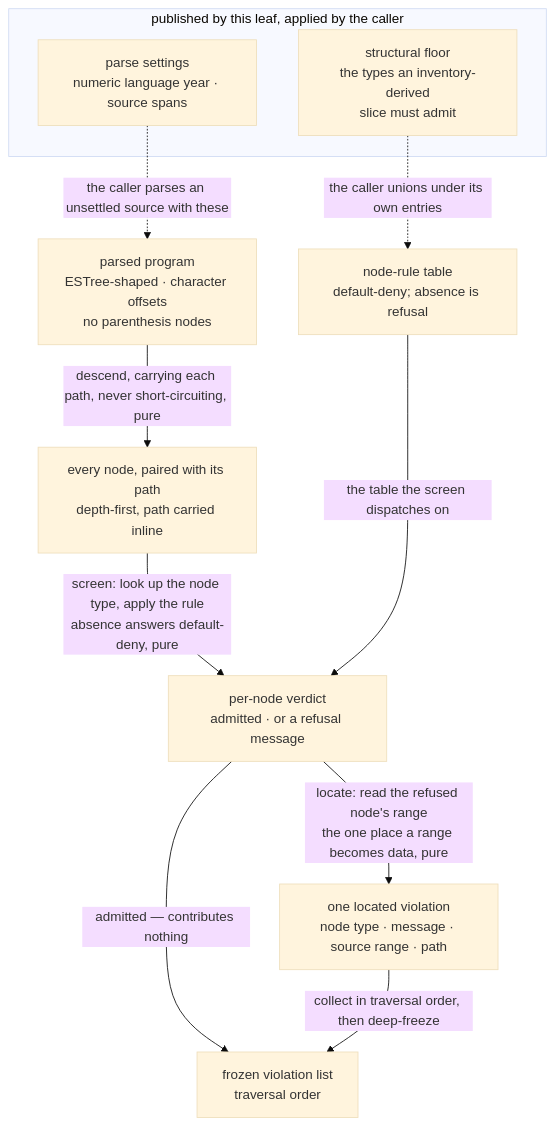
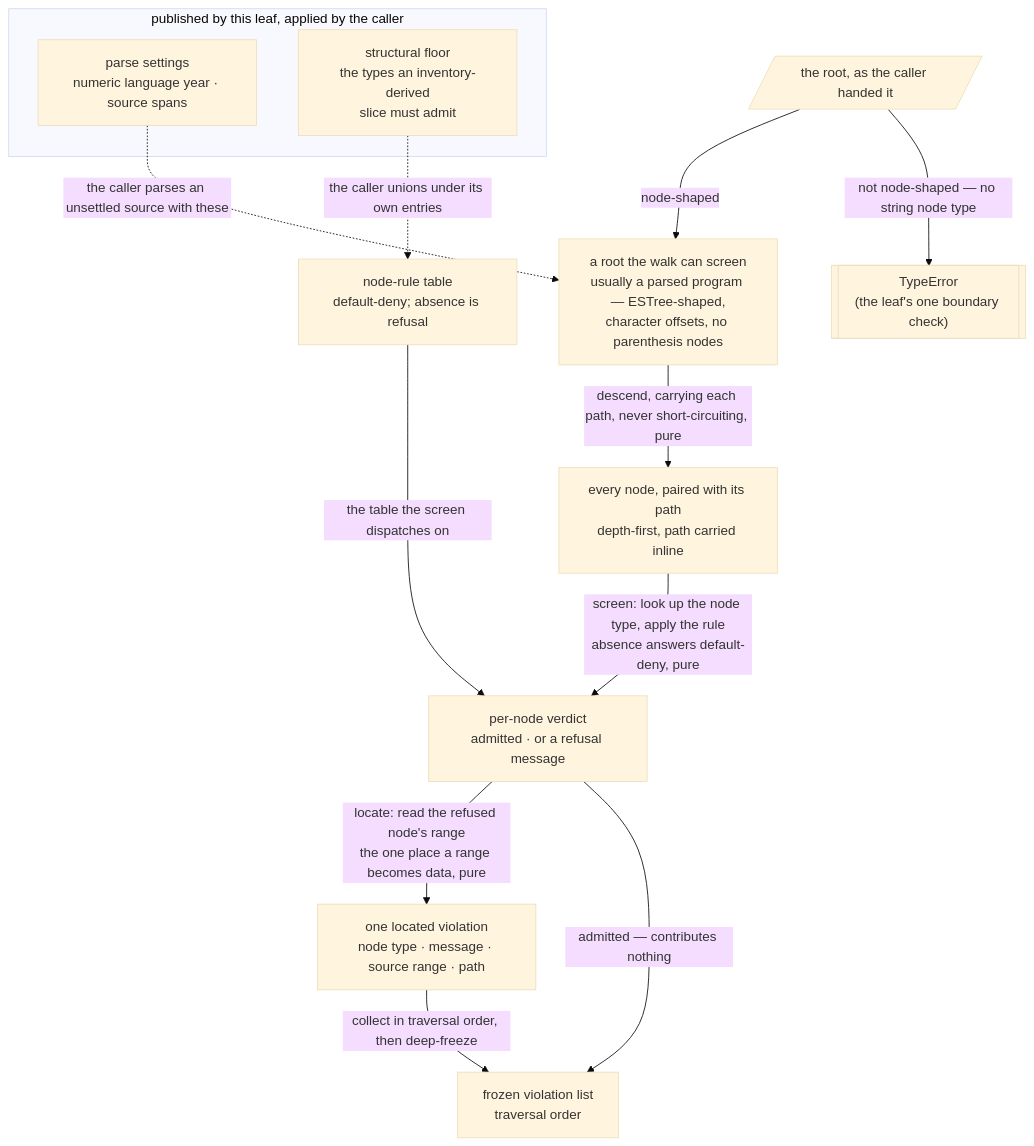
One commit to codeschoolinabox/curricula changed the diagram in src/lib/study-lenses/lib/screening/DOCS.md. Above: the diagram before and after it, drawn with Mermaid (base theme). The commit also changed other lines of this file and 2 other files, not shown here.

````diff
--- a/src/lib/study-lenses/lib/screening/DOCS.md
+++ b/src/lib/study-lenses/lib/screening/DOCS.md
@@ -74,23 +74,27 @@
 ```mermaid
 flowchart TD
     subgraph published["published by this leaf, applied by the caller"]
         Settings["parse settings<br/>numeric language year · source spans"]
         Floor["structural floor<br/>the types an inventory-derived<br/>slice must admit"]
     end
 
-    Prog["parsed program<br/>ESTree-shaped · character offsets<br/>no parenthesis nodes"]
+    Root[/"the root, as the caller handed it"/]
+    Prog["a root the walk can screen<br/>usually a parsed program — ESTree-shaped,<br/>character offsets, no parenthesis nodes"]
+    Refused[["TypeError<br/>(the leaf's one boundary check)"]]
     Rules["node-rule table<br/>default-deny; absence is refusal"]
     Paired["every node, paired with its path<br/>depth-first, path carried inline"]
     Verdict["per-node verdict<br/>admitted · or a refusal message"]
     Located["one located violation<br/>node type · message · source range · path"]
     Out["frozen violation list<br/>traversal order"]
 
     Settings -.->|"the caller parses an unsettled source with these"| Prog
     Floor -.->|"the caller unions under its own entries"| Rules
+    Root -->|"not node-shaped — no string node type"| Refused
+    Root -->|"node-shaped"| Prog
     Prog -->|"descend, carrying each path, never short-circuiting, pure"| Paired
     Paired -->|"screen: look up the node type, apply the rule<br/>absence answers default-deny, pure"| Verdict
     Rules -->|"the table the screen dispatches on"| Verdict
     Verdict -->|"admitted — contributes nothing"| Out
     Verdict -->|"locate: read the refused node's range<br/>the one place a range becomes data, pure"| Located
     Located -->|"collect in traversal order, then deep-freeze"| Out
 ```
````
